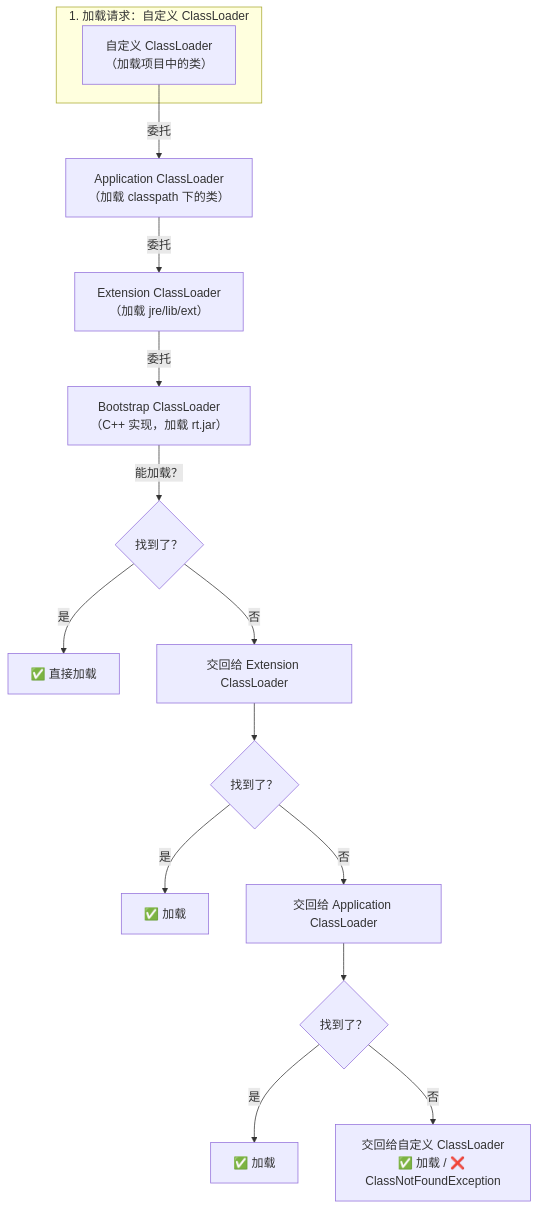
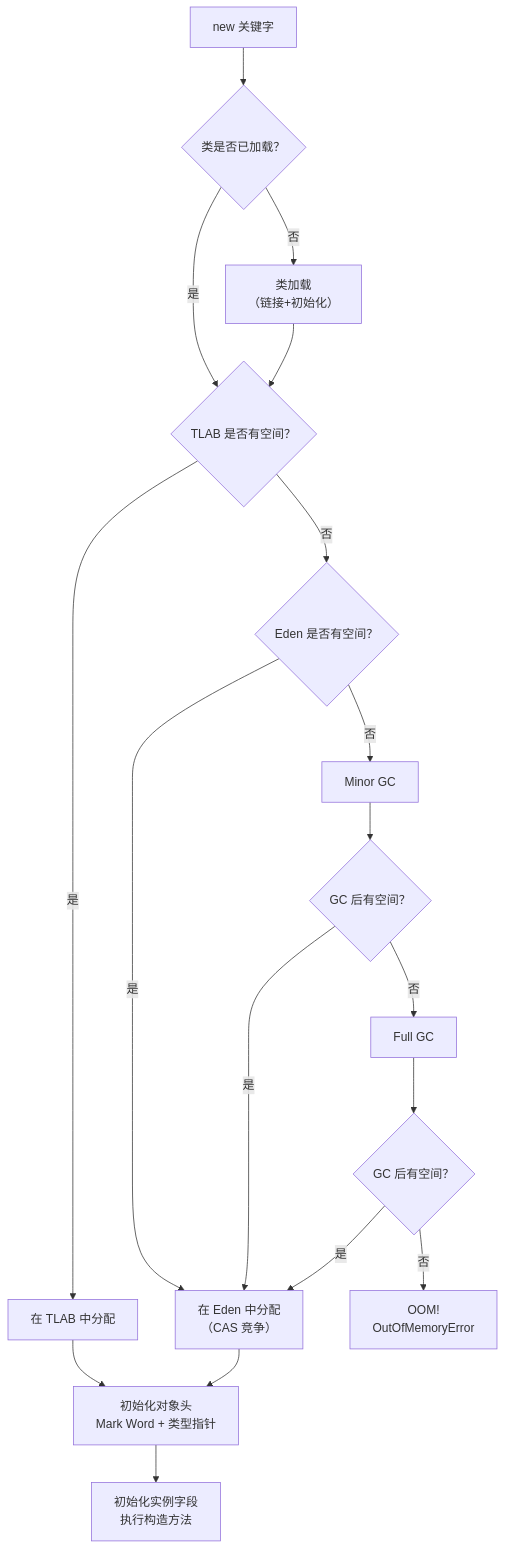
Before and after one commit to coolzhul/java-fullstack-knowledge: the fifth of 11 diagrams in src/java-advanced/jvm.md, drawn with Mermaid. The commit also changed other lines of this file and 2 other files, not shown here.

````diff
--- a/src/java-advanced/jvm.md
+++ b/src/java-advanced/jvm.md
@@ -131,20 +237,20 @@
 ```mermaid
 graph TD
-    subgraph request["1. 加载请求：自定义 ClassLoader"]
-        C1["自定义 ClassLoader<br/>（加载项目中的类）"]
-    end
-
-    C1 -->|"委托"| C2["Application ClassLoader<br/>（加载 classpath 下的类）"]
-    C2 -->|"委托"| C3["Extension ClassLoader<br/>（加载 jre/lib/ext）"]
-    C3 -->|"委托"| C4["Bootstrap ClassLoader<br/>（C++ 实现，加载 rt.jar）"]
-
-    C4 -->|"能加载？"| D1{"找到了？"}
-    D1 -->|"是"| R1["✅ 直接加载"]
-    D1 -->|"否"| C5["交回给 Extension ClassLoader"]
-    C5 --> D2{"找到了？"}
-    D2 -->|"是"| R2["✅ 加载"]
-    D2 -->|"否"| C6["交回给 Application ClassLoader"]
-    C6 --> D3{"找到了？"}
-    D3 -->|"是"| R3["✅ 加载"]
-    D3 -->|"否"| R4["交回给自定义 ClassLoader<br/>✅ 加载 / ❌ ClassNotFoundException"]
+    A["new 关键字"] --> B{"类是否已加载？"}
+    B -->|"否"| C["类加载<br/>（链接+初始化）"]
+    B -->|"是"| D{"TLAB 是否有空间？"}
+    C --> D
+    D -->|"是"| E["在 TLAB 中分配"]
+    D -->|"否"| F{"Eden 是否有空间？"}
+    F -->|"是"| G["在 Eden 中分配<br/>（CAS 竞争）"]
+    F -->|"否"| H["Minor GC"]
+    H --> I{"GC 后有空间？"}
+    I -->|"是"| G
+    I -->|"否"| J["Full GC"]
+    J --> K{"GC 后有空间？"}
+    K -->|"是"| G
+    K -->|"否"| L["OOM!<br/>OutOfMemoryError"]
+    E --> M["初始化对象头<br/>Mark Word + 类型指针"]
+    G --> M
+    M --> N["初始化实例字段<br/>执行构造方法"]
 ```
````
